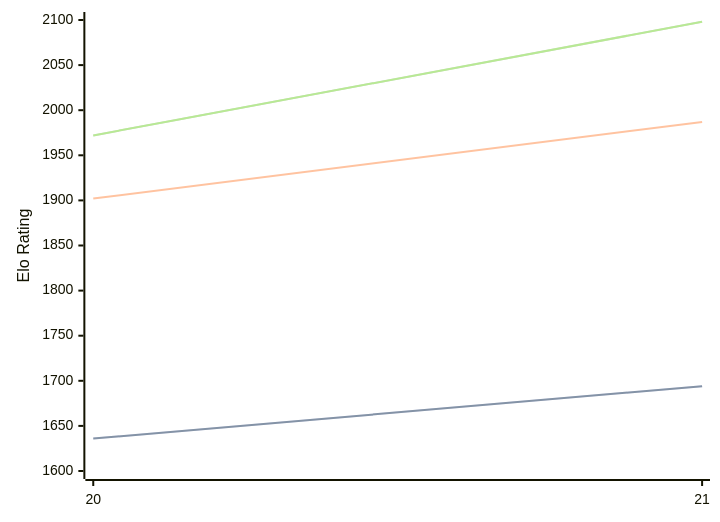
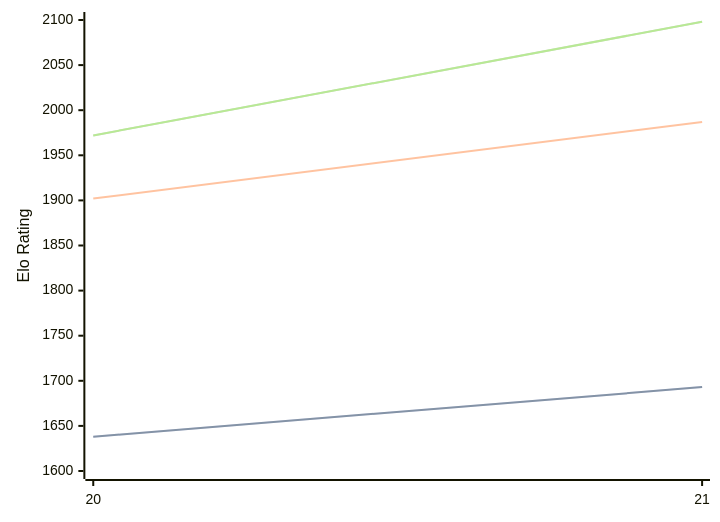
Before and after one commit to computer-chess-index/cci: the diagram in engines/PurplePanda.md, drawn with Mermaid. The commit also changed other lines of this file, not shown here.

````diff
--- a/engines/PurplePanda.md
+++ b/engines/PurplePanda.md
@@ -40,11 +40,11 @@
 ```mermaid
 %%{init: {"theme":"base","themeVariables":{"seriesColors:['#a3a3a3','#222221','#faa371']}}}%%
 xychart-beta
   x-axis ["20", "21"]
   y-axis "Elo Rating" 1600 --> 2100
-  line "STC (8.0+0.08s)" [1636, 1694]
-  line "STC (8.0+0.08s)" [1636, 1694]
+  line "STC (8.0+0.08s)" [1638, 1693]
+  line "STC (8.0+0.08s)" [1638, 1693]
   line "LTC (60.0+0.60s)" [1902, 1987]
   line "VLTC (2m24s+1.12s)" [1972, 2098]
   line "VLTC (2m24s+1.12s)" [1972, 2098]
 ```
````
